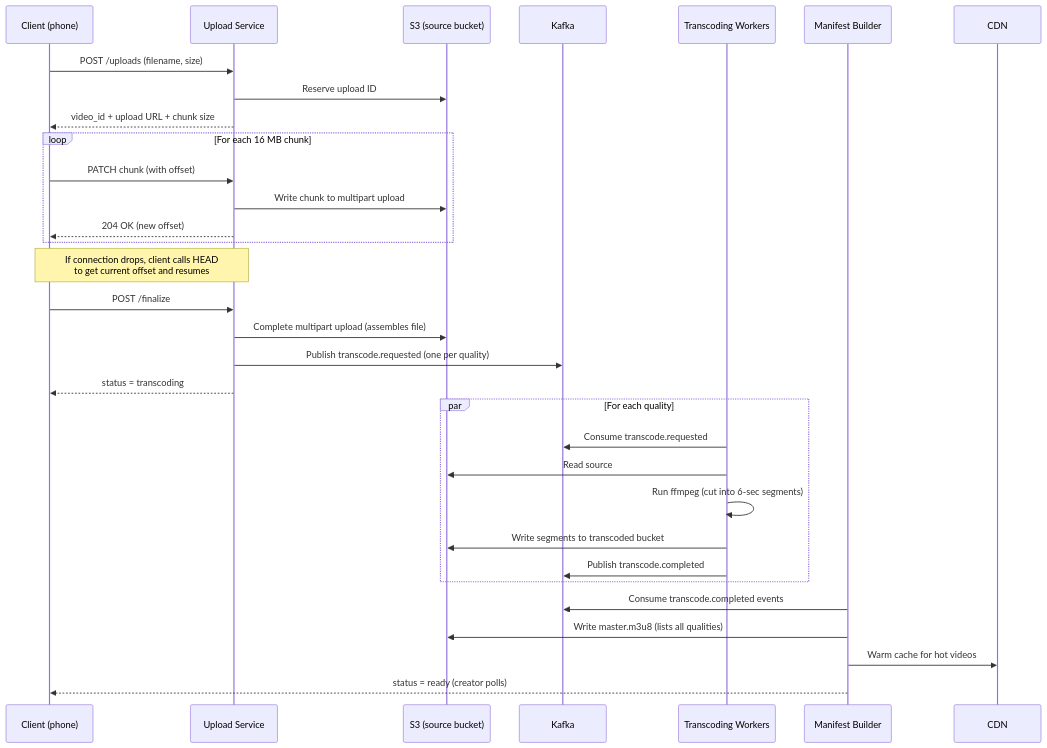
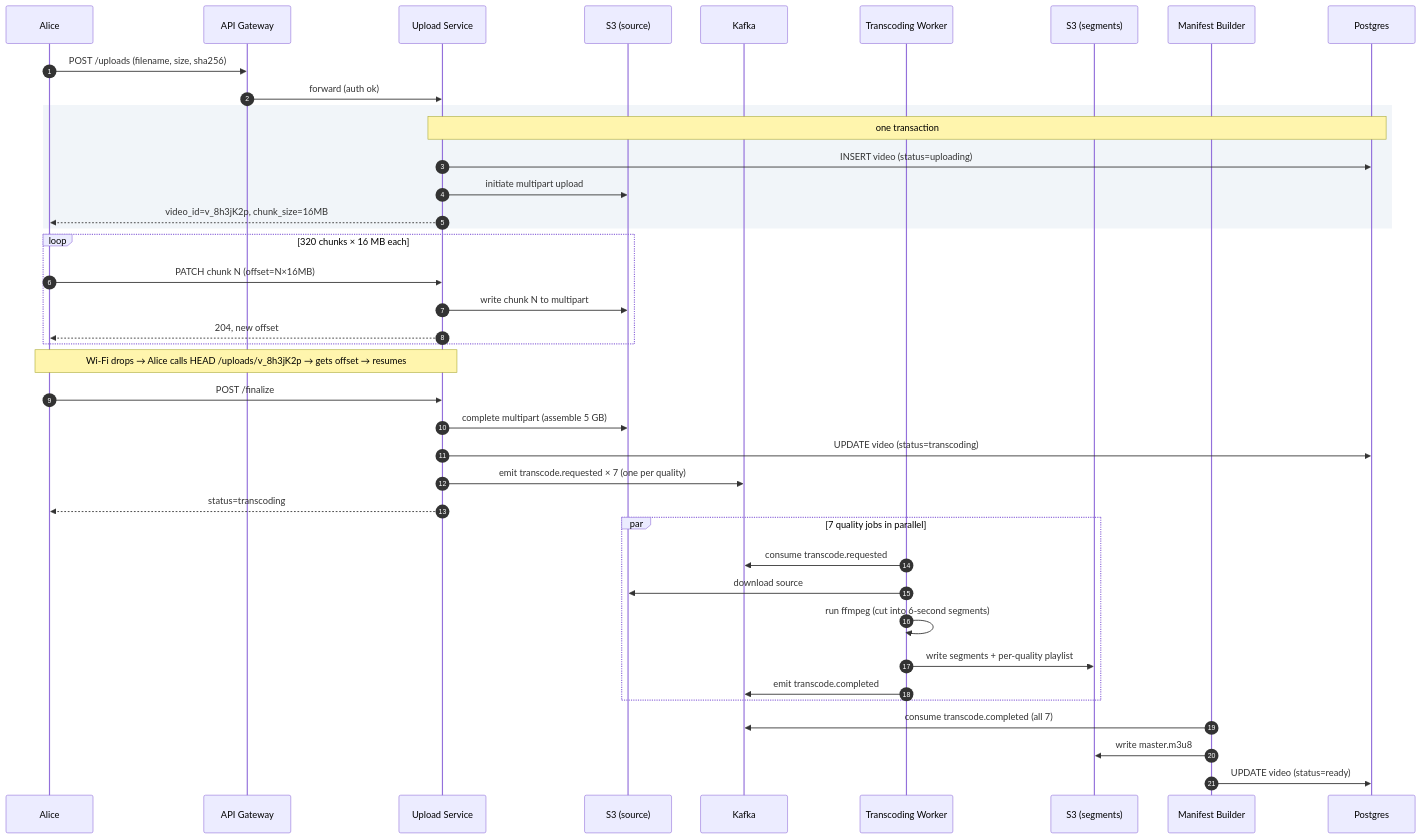
One commit to shiningflash/system-design changed the ninth of 11 diagrams in problems/006-video-streaming/question.md. Above: the diagram before and after it, drawn with Mermaid. The commit also changed other lines of this file and 38 other files, not shown here.

````diff
--- a/problems/006-video-streaming/question.md
+++ b/problems/006-video-streaming/question.md
@@ -137,40 +366,49 @@
 ```mermaid
 sequenceDiagram
-    participant C as Client (phone)
+    autonumber
+    participant Alice
+    participant GW as API Gateway
     participant U as Upload Service
-    participant S3 as S3 (source bucket)
+    participant S3src as S3 (source)
     participant K as Kafka
-    participant W as Transcoding Workers
-    participant M as Manifest Builder
-    participant CDN as CDN
+    participant W as Transcoding Worker
+    participant S3out as S3 (segments)
+    participant MB as Manifest Builder
+    participant DB as Postgres
 
-    C->>U: POST /uploads (filename, size)
-    U->>S3: Reserve upload ID
-    U-->>C: video_id + upload URL + chunk size
+    Alice->>GW: POST /uploads (filename, size, sha256)
+    GW->>U: forward (auth ok)
 
-    loop For each 16 MB chunk
-        C->>U: PATCH chunk (with offset)
-        U->>S3: Write chunk to multipart upload
-        U-->>C: 204 OK (new offset)
+    rect rgb(241, 245, 249)
+        Note over U,DB: one transaction
+        U->>DB: INSERT video (status=uploading)
+        U->>S3src: initiate multipart upload
+        U-->>Alice: video_id=v_8h3jK2p, chunk_size=16MB
     end
 
-    Note over C,U: If connection drops, client calls HEAD<br/>to get current offset and resumes
-
-    C->>U: POST /finalize
-    U->>S3: Complete multipart upload (assembles file)
-    U->>K: Publish transcode.requested (one per quality)
-    U-->>C: status = transcoding
-
-    par For each quality
-        W->>K: Consume transcode.requested
-        W->>S3: Read source
-        W->>W: Run ffmpeg (cut into 6-sec segments)
-        W->>S3: Write segments to transcoded bucket
-        W->>K: Publish transcode.completed
+    loop 320 chunks × 16 MB each
+        Alice->>U: PATCH chunk N (offset=N×16MB)
+        U->>S3src: write chunk N to multipart
+        U-->>Alice: 204, new offset
     end
 
-    M->>K: Consume transcode.completed events
-    M->>S3: Write master.m3u8 (lists all qualities)
-    M->>CDN: Warm cache for hot videos
-    M-->>C: status = ready (creator polls)
+    Note over Alice,U: Wi-Fi drops → Alice calls HEAD /uploads/v_8h3jK2p → gets offset → resumes
+
+    Alice->>U: POST /finalize
+    U->>S3src: complete multipart (assemble 5 GB)
+    U->>DB: UPDATE video (status=transcoding)
+    U->>K: emit transcode.requested × 7 (one per quality)
+    U-->>Alice: status=transcoding
+
+    par 7 quality jobs in parallel
+        W->>K: consume transcode.requested
+        W->>S3src: download source
+        W->>W: run ffmpeg (cut into 6-second segments)
+        W->>S3out: write segments + per-quality playlist
+        W->>K: emit transcode.completed
+    end
+
+    MB->>K: consume transcode.completed (all 7)
+    MB->>S3out: write master.m3u8
+    MB->>DB: UPDATE video (status=ready)
 ```
````
